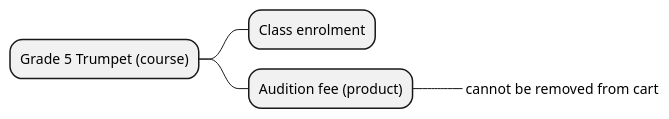
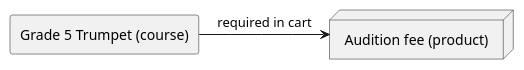
Before and after one commit to ishgroup/onCourseDocs: the fourth of 6 diagrams in manual/src/courseRelationships.adoc, drawn with PlantUML. The commit also changed other lines of this file, not shown here.

Commit message:
Change diagram types to include arrows and more nice syntax.

```diff
--- a/manual/src/courseRelationships.adoc
+++ b/manual/src/courseRelationships.adoc
@@ -123,8 +137,7 @@
 [plantuml]
 ----
-@startmindmap
-* Grade 5 Trumpet (course)
-** Class enrolment
-** Audition fee (product)
-***_ cannot be removed from cart
+rectangle "Grade 5 Trumpet (course)" as T
+node "Audition fee (product)" as P
+
+T -> P: required in cart
 ----
```
